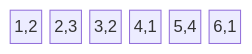
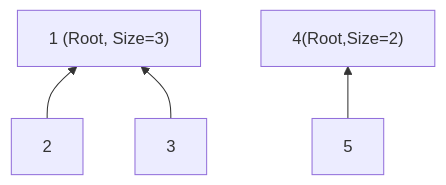
One commit to SamueleGalli/leetCode-quests changed the third of 5 diagrams in Data_Structure_and_Algorithms/06_Graph_Theory_Peaks/README.md. Above: the diagram before and after it, drawn with Mermaid. The commit also changed other lines of this file and 18 other files, not shown here.

````diff
--- a/Data_Structure_and_Algorithms/06_Graph_Theory_Peaks/README.md
+++ b/Data_Structure_and_Algorithms/06_Graph_Theory_Peaks/README.md
@@ -32,5 +74,8 @@
-```mermaid
-  block-beta
-    columns 6
-    A["1,2"] B["2,3"] C["3,2"] D["4,1"] E["5,4"] F["6,1"]
-```
+    ```mermaid
+      flowchart BT
+      A["1 (Root, Size=3)"]
+      B["2"] --> A
+      C["3"] --> A
+      D["4(Root,Size=2)"]
+      E["5"] --> D
+    ```
````
